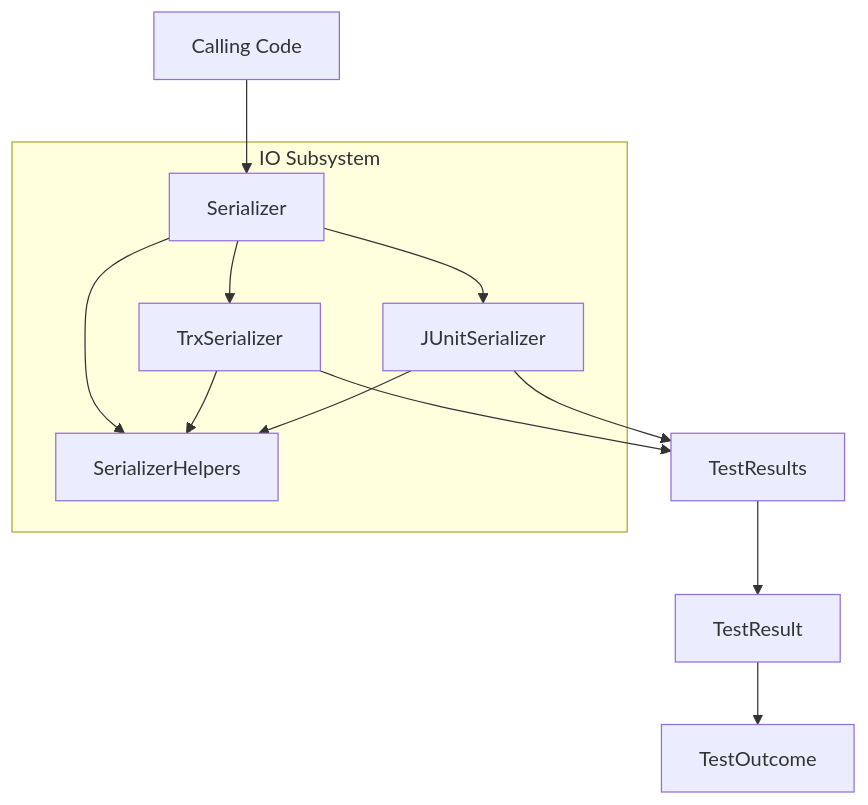
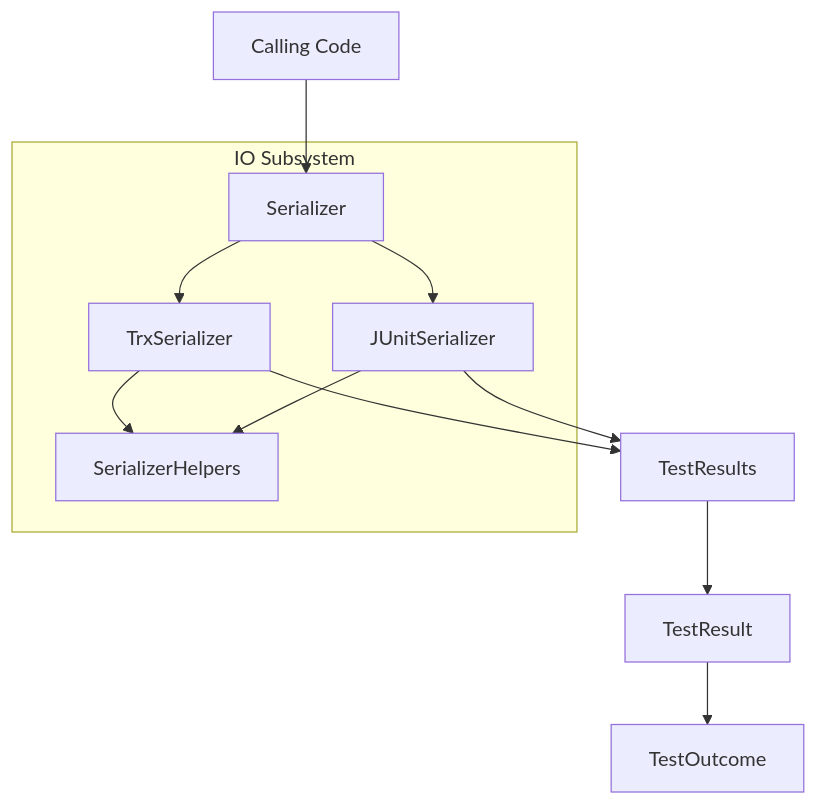
One commit to demaconsulting/TestResults changed the diagram in docs/design/test-results-library/test-results-library.md. Above: the diagram before and after it, drawn with Mermaid. The commit also changed 2 other files, not shown here.

Commit message:
fix: address issues found in formal review of all review-sets (#138)
Agent-Logs-Url: https://github.com/demaconsulting/TestResults/sessions/232ba155-8631-4a86-a181-7aab6f26afe7

````diff
--- a/docs/design/test-results-library/test-results-library.md
+++ b/docs/design/test-results-library/test-results-library.md
@@ -13,26 +13,25 @@
 ```mermaid
 graph TD
     CallingCode[Calling Code]
 
     subgraph IO["IO Subsystem"]
         Serializer[Serializer]
         SerializerHelpers[SerializerHelpers]
         TrxSerializer[TrxSerializer]
         JUnitSerializer[JUnitSerializer]
     end
 
     TestResults[TestResults]
     TestResult[TestResult]
     TestOutcome[TestOutcome]
 
     CallingCode --> Serializer
-    Serializer --> SerializerHelpers
     Serializer --> TrxSerializer
     Serializer --> JUnitSerializer
     TrxSerializer --> SerializerHelpers
     JUnitSerializer --> SerializerHelpers
     TrxSerializer --> TestResults
     JUnitSerializer --> TestResults
     TestResults --> TestResult
     TestResult --> TestOutcome
 ```
````
